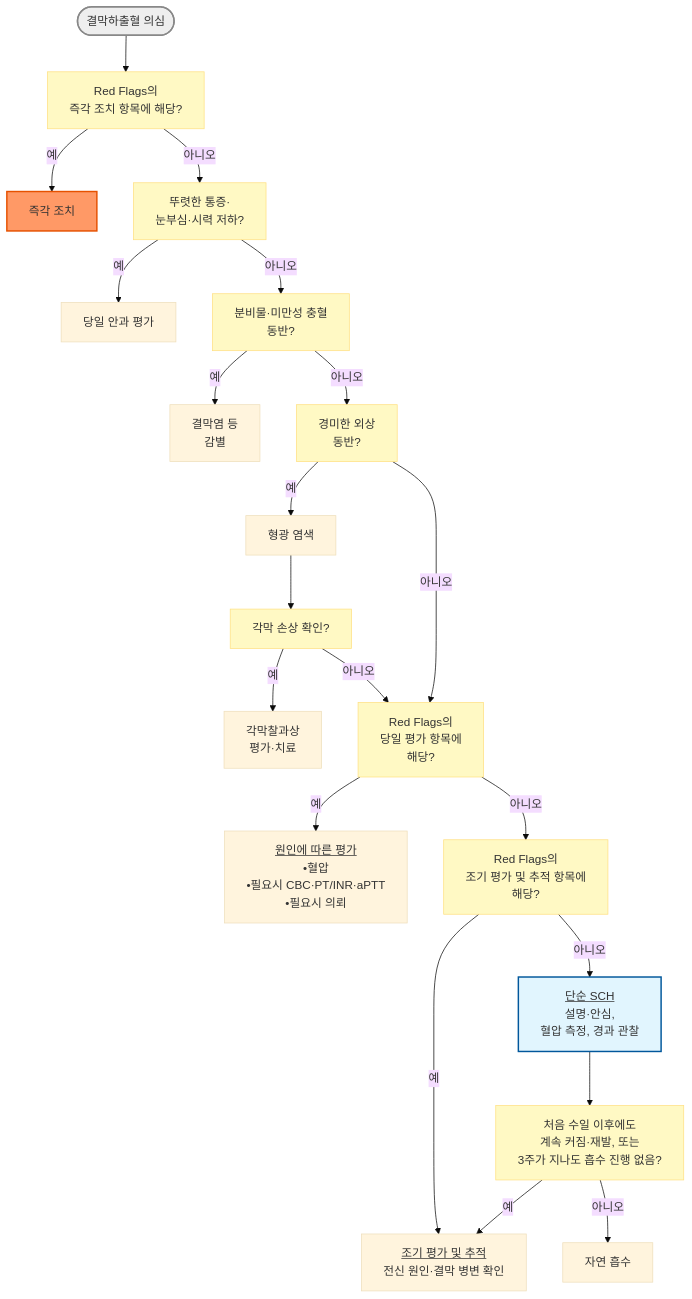
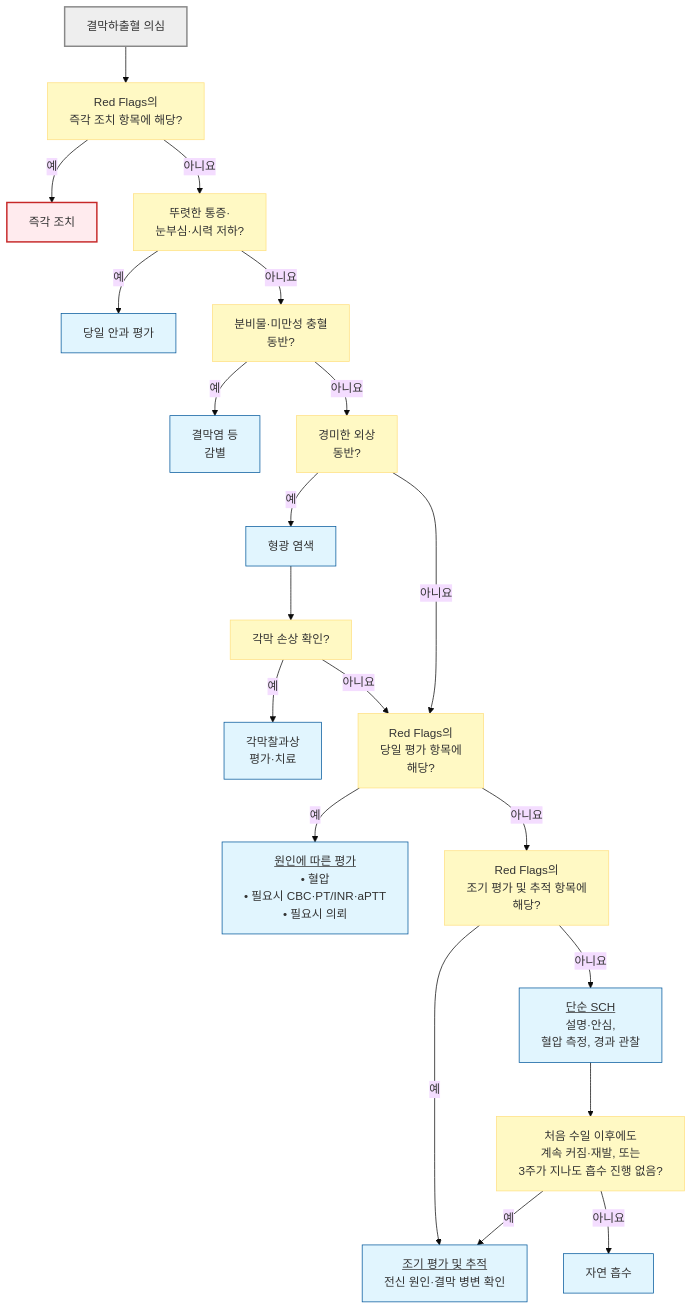
The diagram in 222_/044_-subconj-hemorrhage.md (familyoh77/familyoh77), drawn with Mermaid (base theme) before and after one commit. The commit also changed other lines of this file and 9 other files, not shown here.

````diff
--- a/222_/044_-subconj-hemorrhage.md
+++ b/222_/044_-subconj-hemorrhage.md
@@ -88,27 +88,30 @@
 ```mermaid
-graph TD
-    Start(["결막하출혈 의심"]) --> Q1["Red Flags의 <br/>즉각 조치 항목에 해당?"]
-    Q1 -- 예 --> R1["즉각 조치"]
-    Q1 -- 아니오 --> Q2["뚜렷한 통증·<br/>눈부심·시력 저하?"]
-    Q2 -- 예 --> R4["당일 안과 평가"]
-    Q2 -- 아니오 --> Q2b["분비물·미만성 충혈 <br/>동반?"]
-    Q2b -- 예 --> D1["결막염 등 <br/>감별"]
-    Q2b -- 아니오 --> Q3["경미한 외상 <br/>동반?"]
-    Q3 -- 예 --> F1["형광 염색"]
+flowchart TD
+    Start["결막하출혈 의심"] --> Q1["Red Flags의 <br/>즉각 조치 항목에 해당?"]
+    Q1 -- "예" --> R1["즉각 조치"]
+    Q1 -- "아니요" --> Q2["뚜렷한 통증·<br/>눈부심·시력 저하?"]
+    Q2 -- "예" --> R4["당일 안과 평가"]
+    Q2 -- "아니요" --> Q2b["분비물·미만성 충혈 <br/>동반?"]
+    Q2b -- "예" --> D1["결막염 등 <br/>감별"]
+    Q2b -- "아니요" --> Q3["경미한 외상 <br/>동반?"]
+    Q3 -- "예" --> F1["형광 염색"]
     F1 --> QF["각막 손상 확인?"]
-    QF -- 예 --> C1["각막찰과상 <br/>평가·치료"]
-    QF -- 아니오 --> Q4["Red Flags의 <br/>당일 평가 항목에 <br/>해당?"]
-    Q3 -- 아니오 --> Q4
-    Q4 -- 예 --> R2["<u>원인에 따른 평가</u><br/>•혈압<br/>•필요시 CBC·PT/INR·aPTT <br/>•필요시 의뢰"]
-    Q4 -- 아니오 --> Q4b["Red Flags의 <br/>조기 평가 및 추적 항목에 <br/>해당?"]
-    Q4b -- 예 --> R3["<u>조기 평가 및 추적</u><br/>전신 원인·결막 병변 확인"]
-    Q4b -- 아니오 --> M1["<u>단순 SCH</u><br/>설명·안심, <br/>혈압 측정, 경과 관찰"]
+    QF -- "예" --> C1["각막찰과상 <br/>평가·치료"]
+    QF -- "아니요" --> Q4["Red Flags의 <br/>당일 평가 항목에 <br/>해당?"]
+    Q3 -- "아니요" --> Q4
+    Q4 -- "예" --> R2["<u>원인에 따른 평가</u><br/>• 혈압<br/>• 필요시 CBC·PT/INR·aPTT <br/>• 필요시 의뢰"]
+    Q4 -- "아니요" --> Q4b["Red Flags의 <br/>조기 평가 및 추적 항목에 <br/>해당?"]
+    Q4b -- "예" --> R3["<u>조기 평가 및 추적</u><br/>전신 원인·결막 병변 확인"]
+    Q4b -- "아니요" --> M1["<u>단순 SCH</u><br/>설명·안심, <br/>혈압 측정, 경과 관찰"]
     M1 --> Q5["처음 수일 이후에도 <br/>계속 커짐·재발, 또는 <br/>3주가 지나도 흡수 진행 없음?"]
-    Q5 -- 예 --> R3
-    Q5 -- 아니오 --> E1["자연 흡수"]
-    style Start fill:#eeeeee,stroke:#888888,stroke-width:2px
-    classDef yellow fill:#fff9c4,stroke:#ffe082
-    class Q1,Q2,Q2b,Q3,QF,Q4,Q4b,Q5 yellow
-    style R1 fill:#f96,stroke:#e65100,stroke-width:2px
-    style M1 fill:#e1f5fe,stroke:#01579b,stroke-width:2px
+    Q5 -- "예" --> R3
+    Q5 -- "아니요" --> E1["자연 흡수"]
+    classDef start fill:#eee,stroke:#888,stroke-width:2px
+    classDef decision fill:#fff9c4,stroke:#ffe082
+    classDef emergency fill:#ffebee,stroke:#c62828,stroke-width:2px
+    classDef process fill:#e1f5fe,stroke:#01579b
+    class Start start
+    class Q1,Q2,Q2b,Q3,QF,Q4,Q4b,Q5 decision
+    class R1 emergency
+    class R4,D1,F1,C1,R2,R3,M1,E1 process
 ```
````
